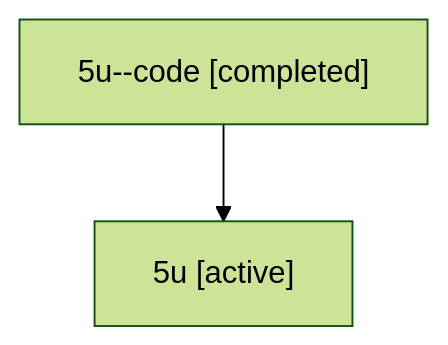
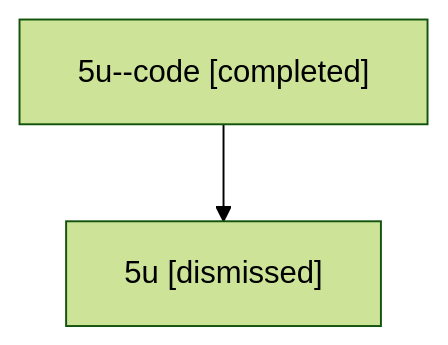
The diagram in sessions/bbugyi200.athena.5u.md (sase-org/sase--agents), drawn with Mermaid (forest theme) before and after one commit. The commit also changed other lines of this file and 35 other files, not shown here.

````diff
--- a/sessions/bbugyi200.athena.5u.md
+++ b/sessions/bbugyi200.athena.5u.md
@@ -9,6 +9,6 @@
 ```mermaid
 flowchart TD
   n0["5u--code [completed]"]
-  n1["5u [active]"]
+  n1["5u [dismissed]"]
   n0 --> n1
 ```
````
